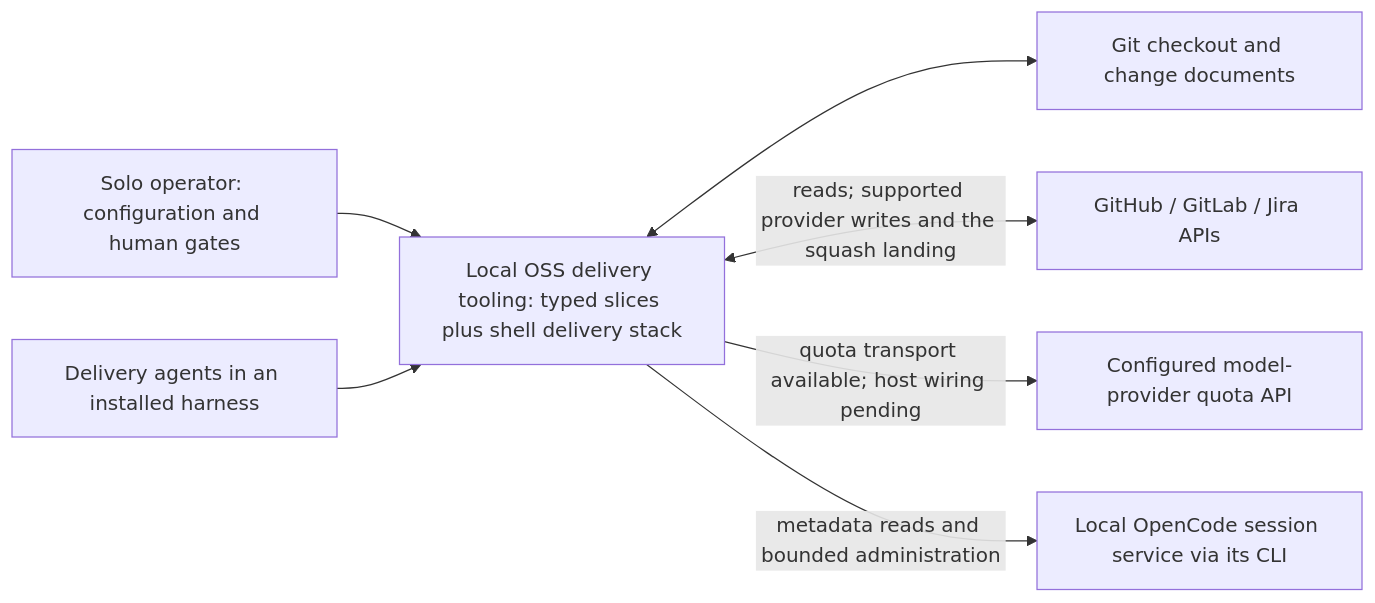
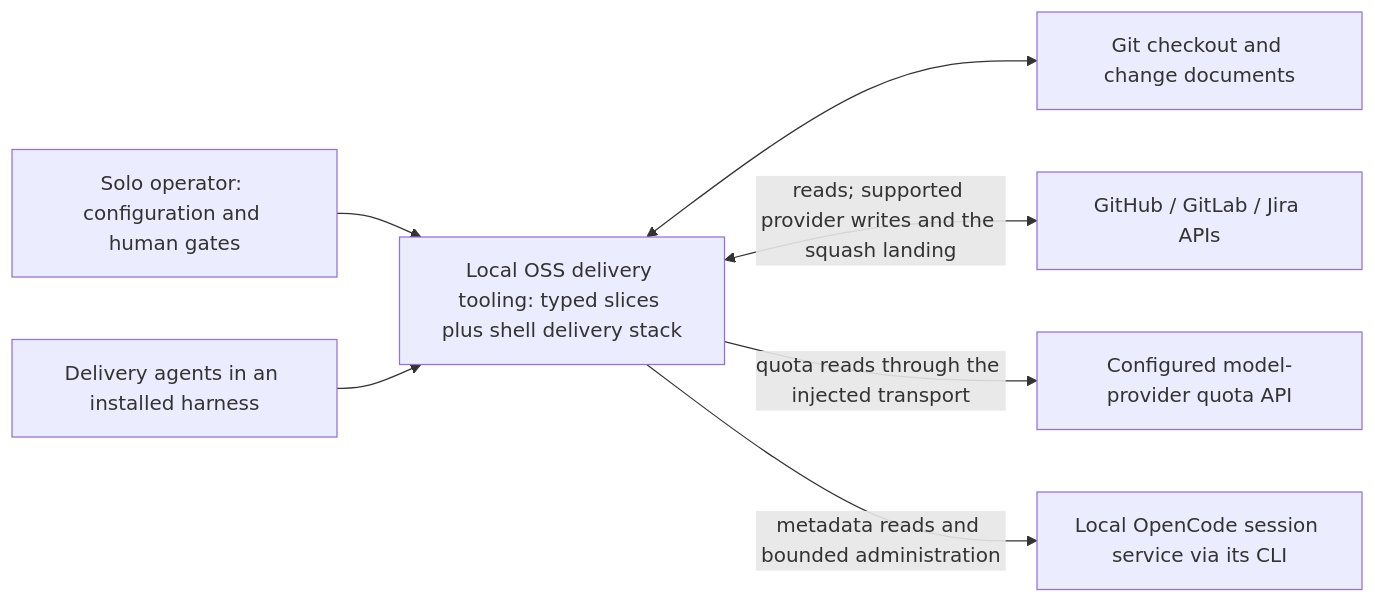
One commit to juliusz-cwiakalski/agentic-delivery-os changed the first of 2 diagrams in doc/overview/architecture-overview.md. Above: the diagram before and after it, drawn with Mermaid. The commit also changed other lines of this file and 17 other files, not shown here.

````diff
--- a/doc/overview/architecture-overview.md
+++ b/doc/overview/architecture-overview.md
@@ -35,16 +35,16 @@
 ```mermaid
 flowchart LR
   Operator["Solo operator: configuration and human gates"]
   Agents["Delivery agents in an installed harness"]
   Tooling["Local OSS delivery tooling: typed slices plus shell delivery stack"]
   Repo["Git checkout and change documents"]
   Providers["GitHub / GitLab / Jira APIs"]
   Quota["Configured model-provider quota API"]
   Sessions["Local OpenCode session service via its CLI"]
   Operator --> Tooling
   Agents --> Tooling
   Tooling <--> Repo
    Tooling <-->|"reads; supported provider writes and the squash landing"| Providers
-  Tooling -->|"quota transport available; host wiring pending"| Quota
+  Tooling -->|"quota reads through the injected transport"| Quota
   Tooling -->|"metadata reads and bounded administration"| Sessions
 ```
````
